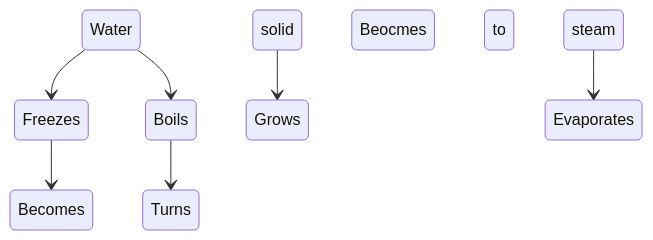
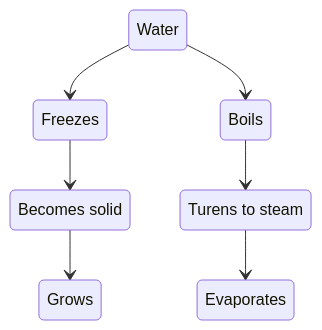
Before and after one commit to slaucks/slaucks.github.io: the diagram in Diagram.md, drawn with Mermaid.

````diff
--- a/Diagram.md
+++ b/Diagram.md
@@ -1,11 +1,14 @@
 ```mermaid
 
 stateDiagram-v2
+    s1 : Becomes solid
+    s2: Turens to steam
+    
     Water --> Freezes
     Water --> Boils
 
-    Freezes --> Becomes solid
-    Beocmes solid --> Grows
-    Boils --> Turns to steam
-    Turns to steam --> Evaporates 
+    Freezes --> s1
+    s1 --> Grows
+    Boils --> s2
+    s2 --> Evaporates 
 ```
````
